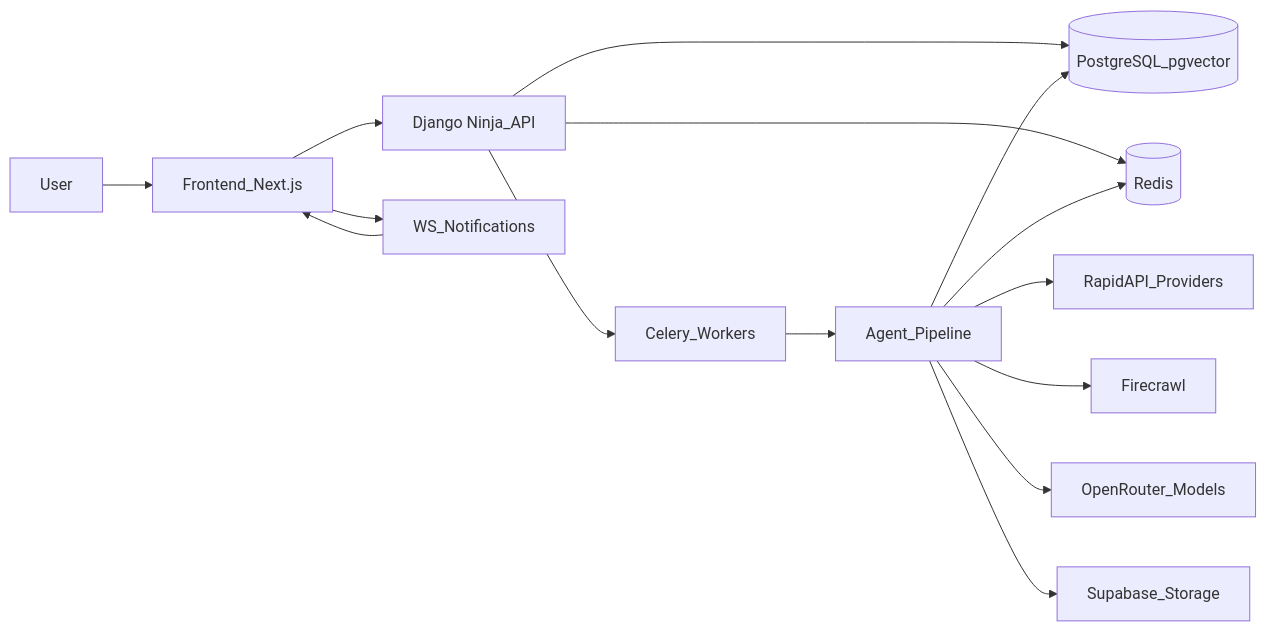
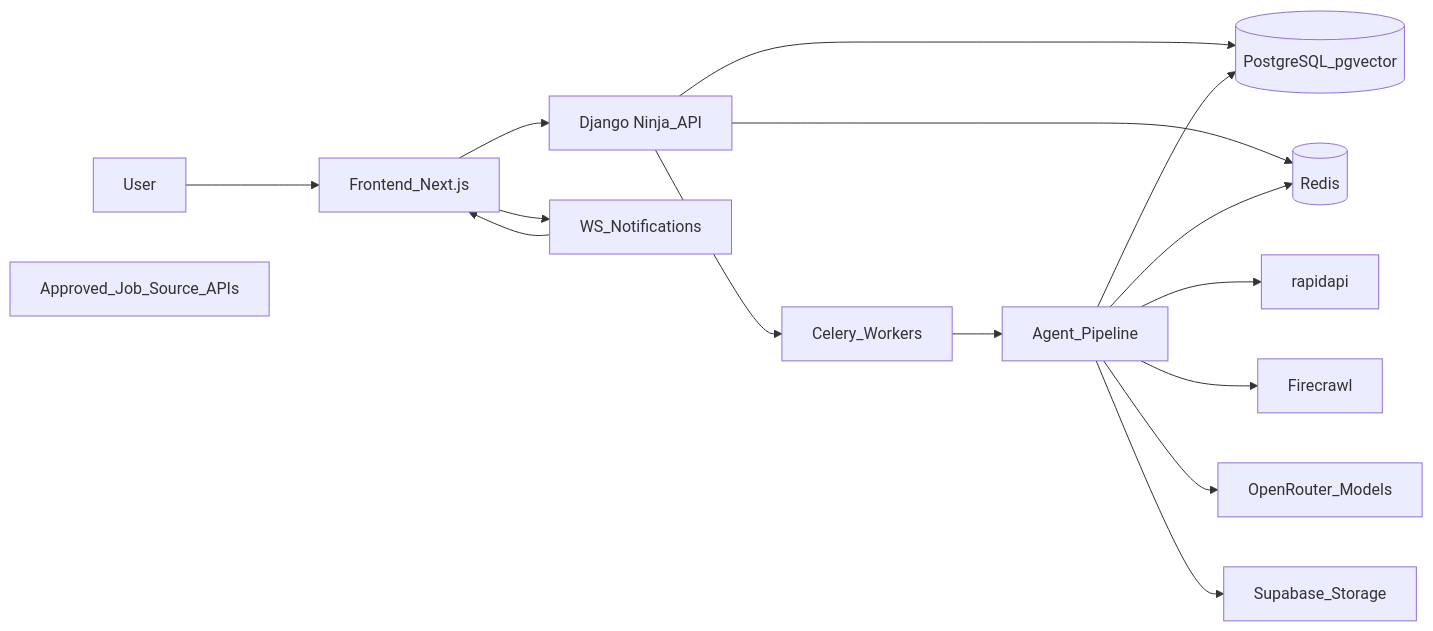
Before and after one commit to Gathondu/kaziro: the first of 4 diagrams in docs/presentation/kaziro-5-10min-slides.md, drawn with Mermaid. The commit also changed 32 other files, not shown here.

````diff
--- a/docs/presentation/kaziro-5-10min-slides.md
+++ b/docs/presentation/kaziro-5-10min-slides.md
@@ -22,30 +22,30 @@
 ```mermaid
 flowchart LR
   user[User]
   fe[Frontend_Next.js]
   api[Django Ninja_API]
   ws[WS_Notifications]
   celery[Celery_Workers]
   agents[Agent_Pipeline]
   db[(PostgreSQL_pgvector)]
   redis[(Redis)]
-  rapidapi[RapidAPI_Providers]
+  sources[Approved_Job_Source_APIs]
   firecrawl[Firecrawl]
   openrouter[OpenRouter_Models]
   storage[Supabase_Storage]
 
   user --> fe
   fe --> api
   fe --> ws
   api --> db
   api --> redis
   api --> celery
   celery --> agents
   agents --> db
   agents --> redis
   agents --> rapidapi
   agents --> firecrawl
   agents --> openrouter
   agents --> storage
   ws --> fe
 ```
````
